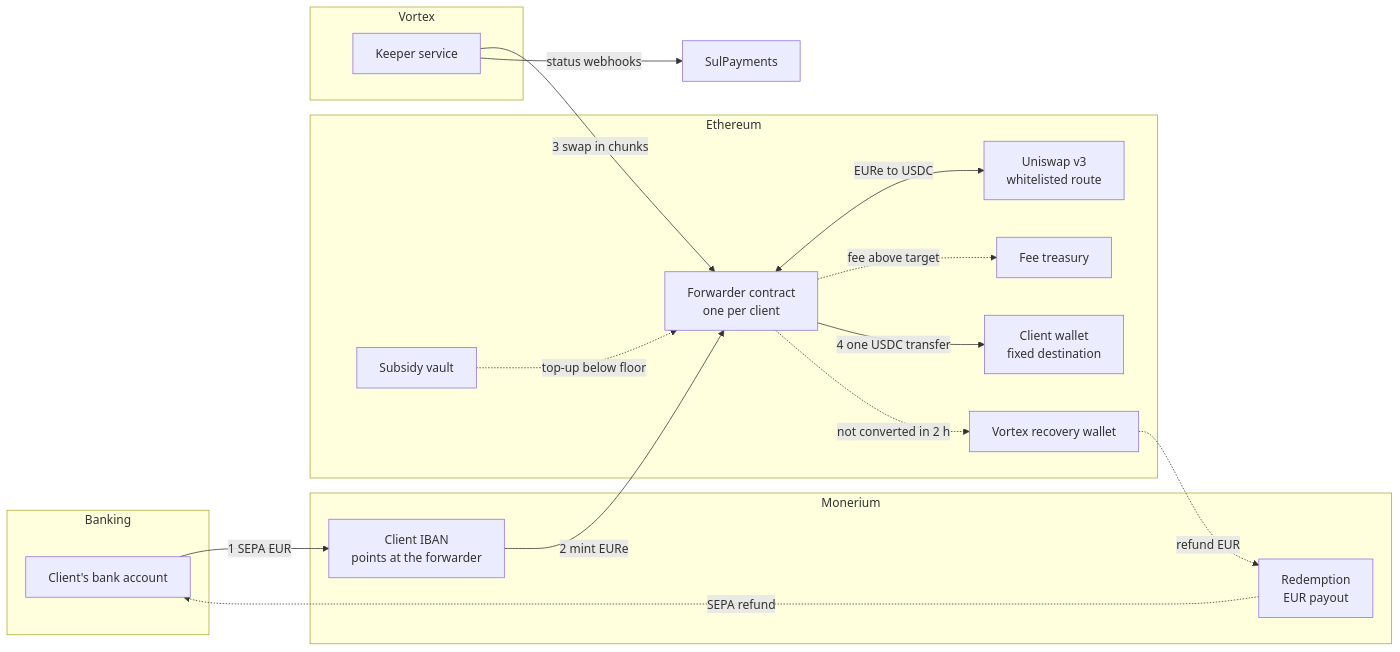
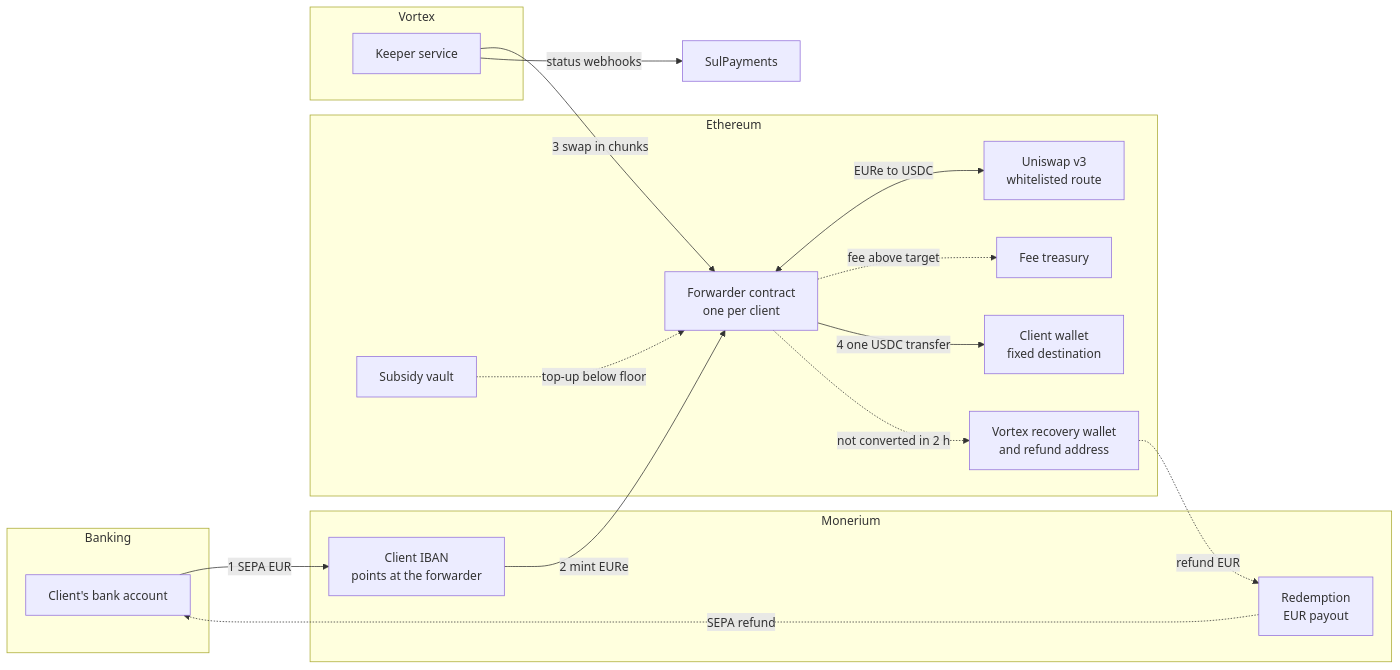
Before and after one commit to pendulum-chain/vortex: the first of 6 diagrams in docs/product-monerium-b2b-flow.md, drawn with Mermaid. The commit also changed other lines of this file, not shown here.

First line of the commit message:
docs(repo): answer Monerium flow questions and propose per-client refund addresses

````diff
--- a/docs/product-monerium-b2b-flow.md
+++ b/docs/product-monerium-b2b-flow.md
@@ -53,34 +57,34 @@
 ```mermaid
 flowchart LR
     subgraph Bank["Banking"]
         CB["Client's bank account"]
     end
     subgraph Mon["Monerium"]
         IBAN["Client IBAN<br/>points at the forwarder"]
         RED["Redemption<br/>EUR payout"]
     end
     subgraph Eth["Ethereum"]
         FWD["Forwarder contract<br/>one per client"]
         UNI["Uniswap v3<br/>whitelisted route"]
         VAULT["Subsidy vault"]
         TREAS["Fee treasury"]
         DEST["Client wallet<br/>fixed destination"]
-        REC["Vortex recovery wallet"]
+        REC["Vortex recovery wallet<br/>and refund address"]
     end
     subgraph Vx["Vortex"]
         KEEP["Keeper service"]
     end
     SP["SulPayments"]
 
     CB -- "1 SEPA EUR" --> IBAN
     IBAN -- "2 mint EURe" --> FWD
     KEEP -- "3 swap in chunks" --> FWD
     FWD <-- "EURe to USDC" --> UNI
     VAULT -. "top-up below floor" .-> FWD
     FWD -. "fee above target" .-> TREAS
     FWD -- "4 one USDC transfer" --> DEST
     KEEP -- "status webhooks" --> SP
     FWD -. "not converted in 2 h" .-> REC
     REC -. "refund EUR" .-> RED
     RED -. "SEPA refund" .-> CB
 ```
````
